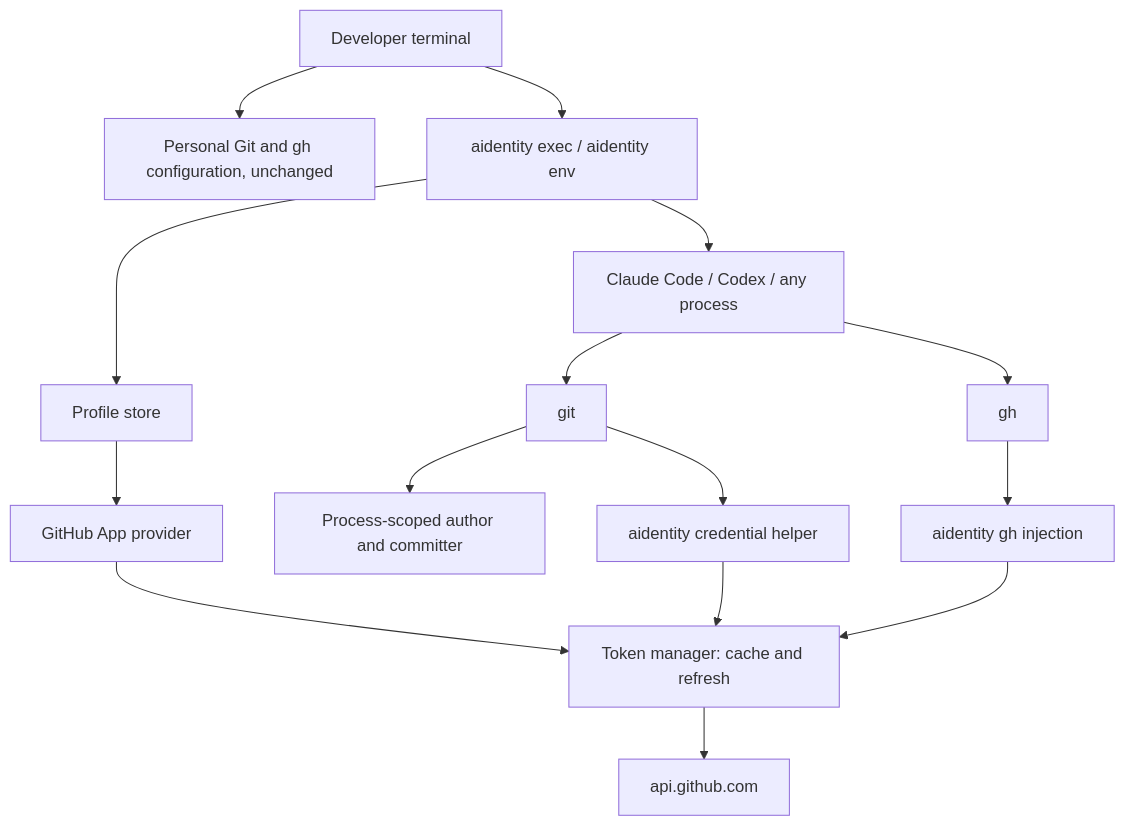
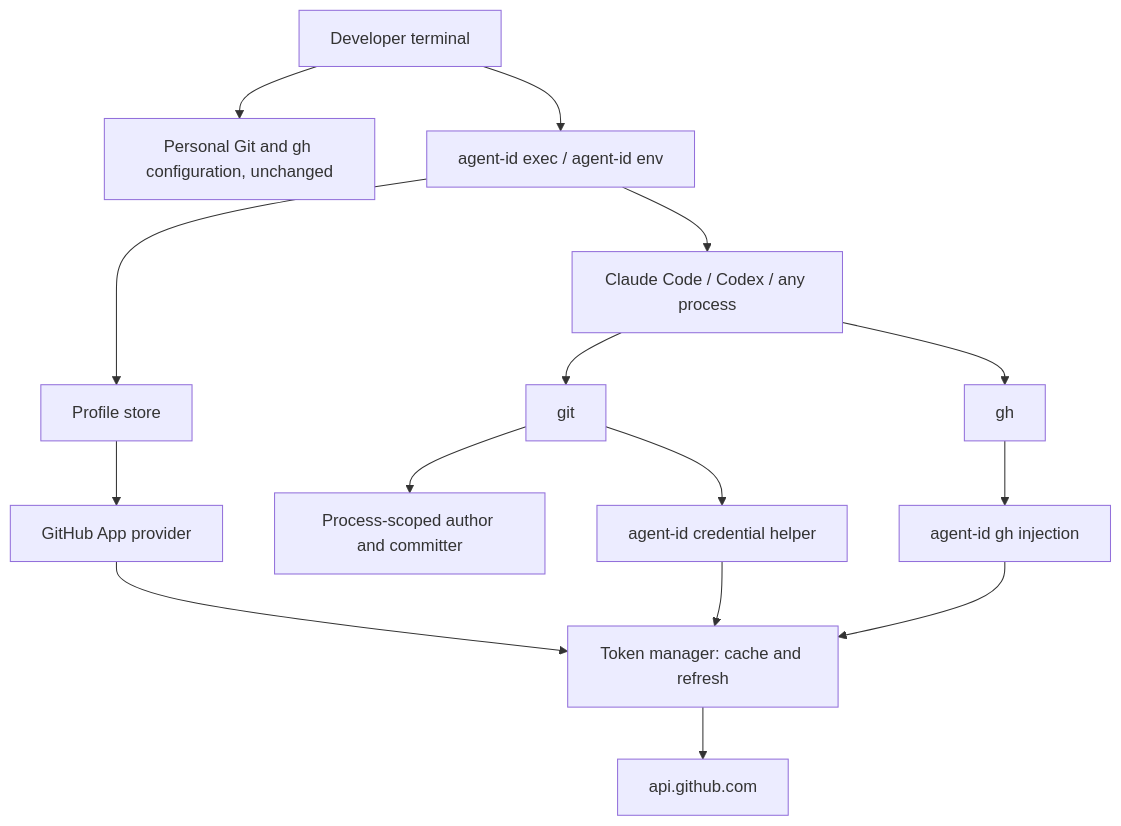
Before and after one commit to cultofthecode/agent-id: the diagram in ARCHITECTURE.md, drawn with Mermaid. The commit also changed other lines of this file, not shown here.

First line of the commit message:
docs(architecture): record the agent-id name decision as active

````diff
--- a/ARCHITECTURE.md
+++ b/ARCHITECTURE.md
@@ -13,17 +13,17 @@
 ```mermaid
 flowchart TD
     Human[Developer terminal] --> Personal[Personal Git and gh configuration, unchanged]
-    Human --> Runtime[aidentity exec / aidentity env]
+    Human --> Runtime[agent-id exec / agent-id env]
     Runtime --> Agent[Claude Code / Codex / any process]
     Runtime --> Profile[Profile store]
     Profile --> Provider[GitHub App provider]
     Provider --> Tokens[Token manager: cache and refresh]
     Agent --> Git[git]
     Agent --> GH[gh]
     Git --> Identity[Process-scoped author and committer]
-    Git --> Helper[aidentity credential helper]
-    GH --> Wrapper[aidentity gh injection]
+    Git --> Helper[agent-id credential helper]
+    GH --> Wrapper[agent-id gh injection]
     Helper --> Tokens
     Wrapper --> Tokens
     Tokens --> GitHub[api.github.com]
 ```
````
